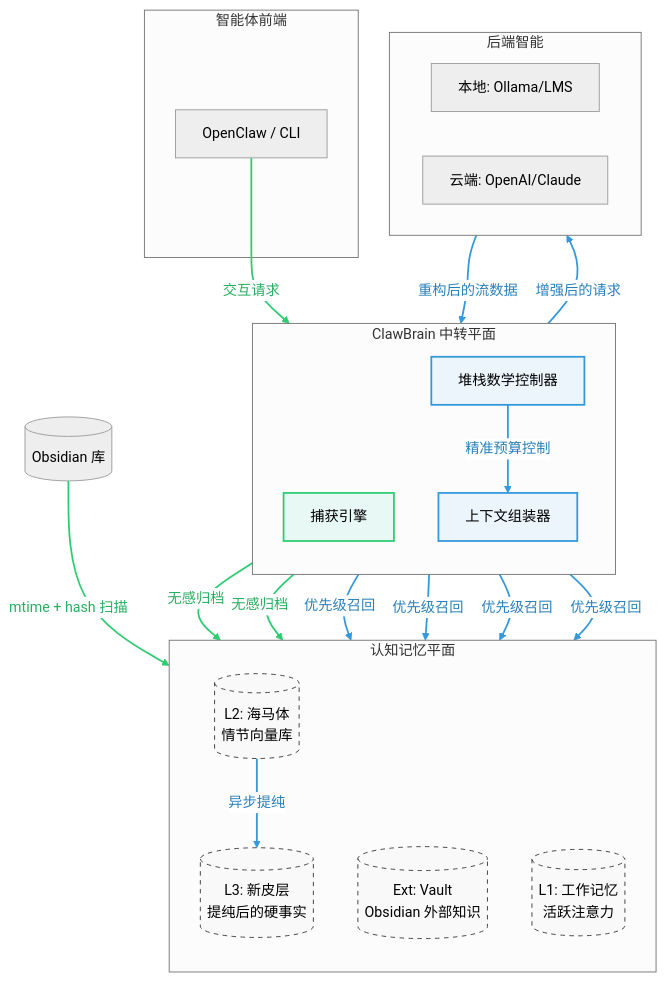
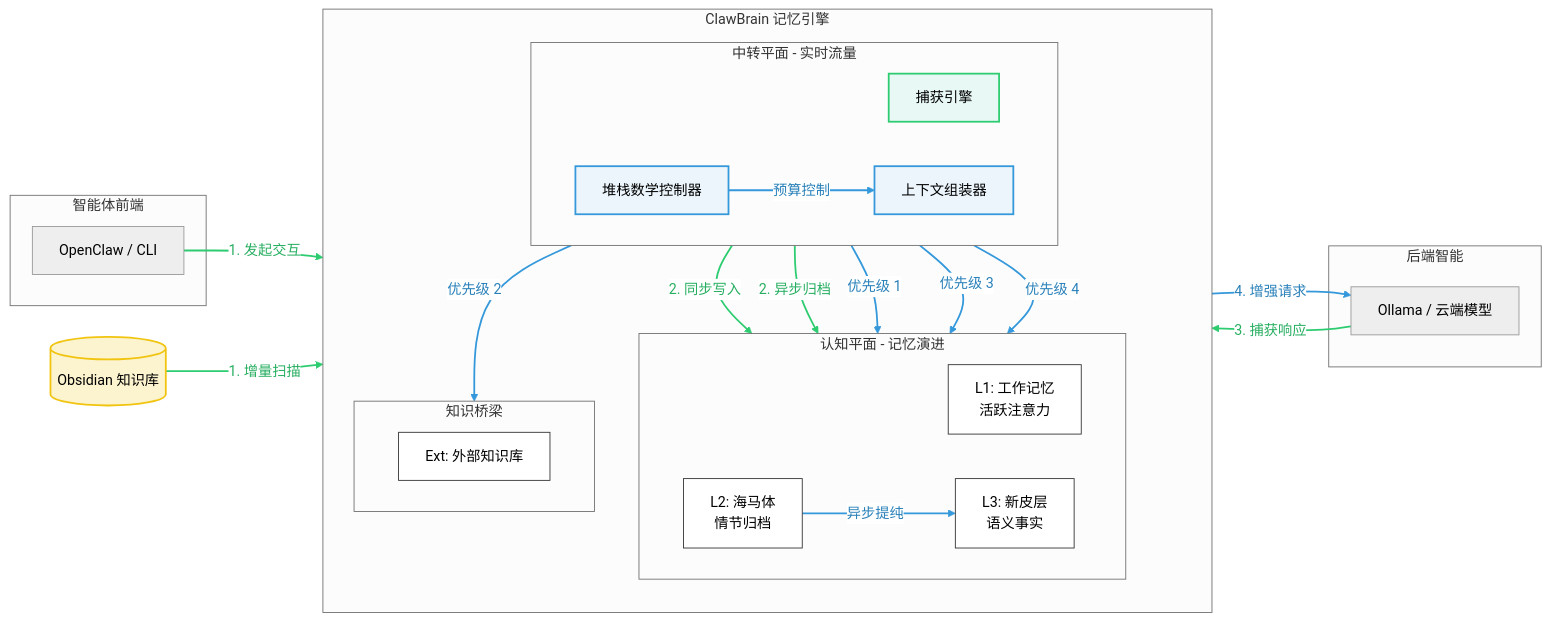
The diagram in README_CN.md (winnerineast/ClawBrain), drawn with Mermaid (neutral theme) before and after one commit. The commit also changed 1 other file, not shown here.

Commit message:
docs: overhaul architecture diagram with layered layout and numbered flow sequences

````diff
--- a/README_CN.md
+++ b/README_CN.md
@@ -110,52 +110,69 @@
 ```mermaid
-flowchart TB
-    %% 视觉区分样式定义
+flowchart LR
+    %% 样式定义
     classDef capture stroke:#2ecc71,stroke-width:2px,fill:#e8f8f5
     classDef cognitive stroke:#3498db,stroke-width:2px,fill:#ebf5fb
-    classDef storage fill:#f9f9f9,stroke:#333,stroke-dasharray: 5 5
+    classDef storage fill:#ffffff,stroke:#333,stroke-width:1px
+    classDef external fill:#fcf3cf,stroke:#f1c40f,stroke-width:2px
 
-    subgraph Client [智能体前端]
+    %% 1. 左侧：智能体前端
+    subgraph Left [智能体前端]
         OC[OpenClaw / CLI]
     end
 
-    subgraph Relay [ClawBrain 中转平面]
+    %% 2. 中间：ClawBrain 引擎 (纵向堆叠)
+    subgraph Center [ClawBrain 记忆引擎]
         direction TB
-        Ingest[捕获引擎]:::capture
-        Assemble[上下文组装器]:::cognitive
-        Logic[堆栈数学控制器]:::cognitive
+        
+        subgraph Relay [中转平面 - 实时流量]
+            direction LR
+            Ingest[捕获引擎]:::capture
+            Assemble[上下文组装器]:::cognitive
+            Logic[堆栈数学控制器]:::cognitive
+        end
+
+        subgraph CognitivePlane [认知平面 - 记忆演进]
+            direction LR
+            L1[L1: 工作记忆\n活跃注意力]:::storage
+            L2[L2: 海马体\n情节归档]:::storage
+            L3[L3: 新皮层\n语义事实]:::storage
+        end
+
+        subgraph KnowledgePlane [知识桥梁]
+            direction LR
+            Ext[Ext: 外部知识库]:::storage
+        end
     end
 
-    subgraph Memory [认知记忆平面]
-        direction TB
-        L3[(L3: 新皮层\n提纯后的硬事实)]:::storage
-        Ext[(Ext: Vault\nObsidian 外部知识)]:::storage
-        L1[(L1: 工作记忆\n活跃注意力)]:::storage
-        L2[(L2: 海马体\n情节向量库)]:::storage
+    %% 3. 右侧：后端智能
+    subgraph Right [后端智能]
+        LLM[Ollama / 云端模型]
     end
 
-    subgraph LLM [后端智能]
-        Ollama[本地: Ollama/LMS]
-        Cloud[云端: OpenAI/Claude]
-    end
+    %% 4. 底部：物理存储
+    Vault[(Obsidian 知识库)]:::external
 
-    %% 1. 记忆捕获流 (信息如何进入 ClawBrain)
-    OC -- "交互请求" --> Ingest
-    Ingest -- "无感归档" --> L1
-    Ingest -- "无感归档" --> L2
-    LocalFiles[(Obsidian 库)] -- "mtime + hash 扫描" --> Ext
-    
-    %% 2. 认知与检索流 (内部处理与上下文优化)
+    %% --- 信息流向 ---
+
+    %% 流程 A: 记忆捕获流 (绿色)
+    OC -- "1. 发起交互" --> Ingest
+    Ingest -- "2. 同步写入" --> L1
+    Ingest -- "2. 异步归档" --> L2
+    Vault -- "1. 增量扫描" --> Ext
+    LLM -- "3. 捕获响应" --> Ingest
+
+    %% 流程 B: 内部演进 (蓝色)
     L2 -- "异步提纯" --> L3
-    Assemble -- "优先级召回" --> L3
-    Assemble -- "优先级召回" --> Ext
-    Assemble -- "优先级召回" --> L1
-    Assemble -- "优先级召回" --> L2
-    
-    Logic -- "精准预算控制" --> Assemble
-    Assemble -- "增强后的请求" --> LLM
-    LLM -- "重构后的流数据" --> Ingest
 
-    %% 为不同流应用连线颜色
-    linkStyle 0,1,2,3 stroke:#2ecc71,stroke-width:2px,color:#27ae60
-    linkStyle 4,5,6,7,8,9,10,11 stroke:#3498db,stroke-width:2px,color:#2980b9
+    %% 流程 C: 上下文优化 (蓝色)
+    Logic -- "预算控制" --> Assemble
+    Assemble -- "优先级 1" --> L3
+    Assemble -- "优先级 2" --> Ext
+    Assemble -- "优先级 3" --> L1
+    Assemble -- "优先级 4" --> L2
+    Assemble -- "4. 增强请求" --> LLM
+
+    %% 应用连线样式
+    linkStyle 0,1,2,3,4 stroke:#2ecc71,stroke-width:2px,color:#27ae60
+    linkStyle 5,6,7,8,9,10,11 stroke:#3498db,stroke-width:2px,color:#2980b9
 ```
````
